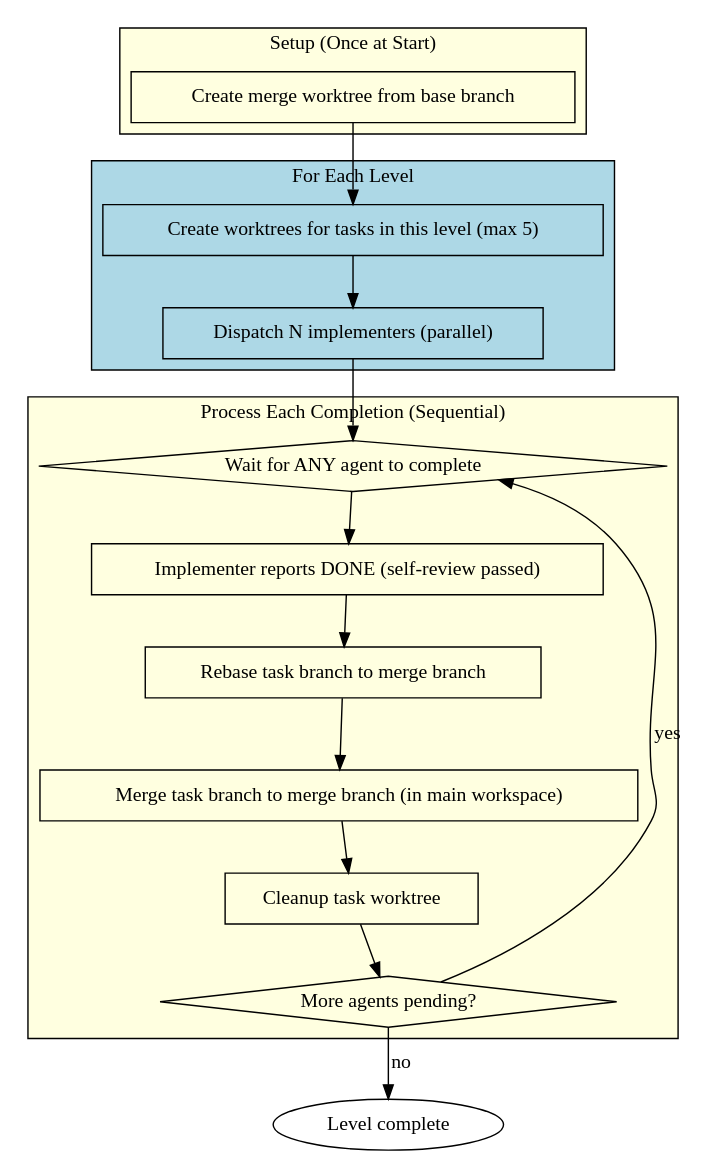
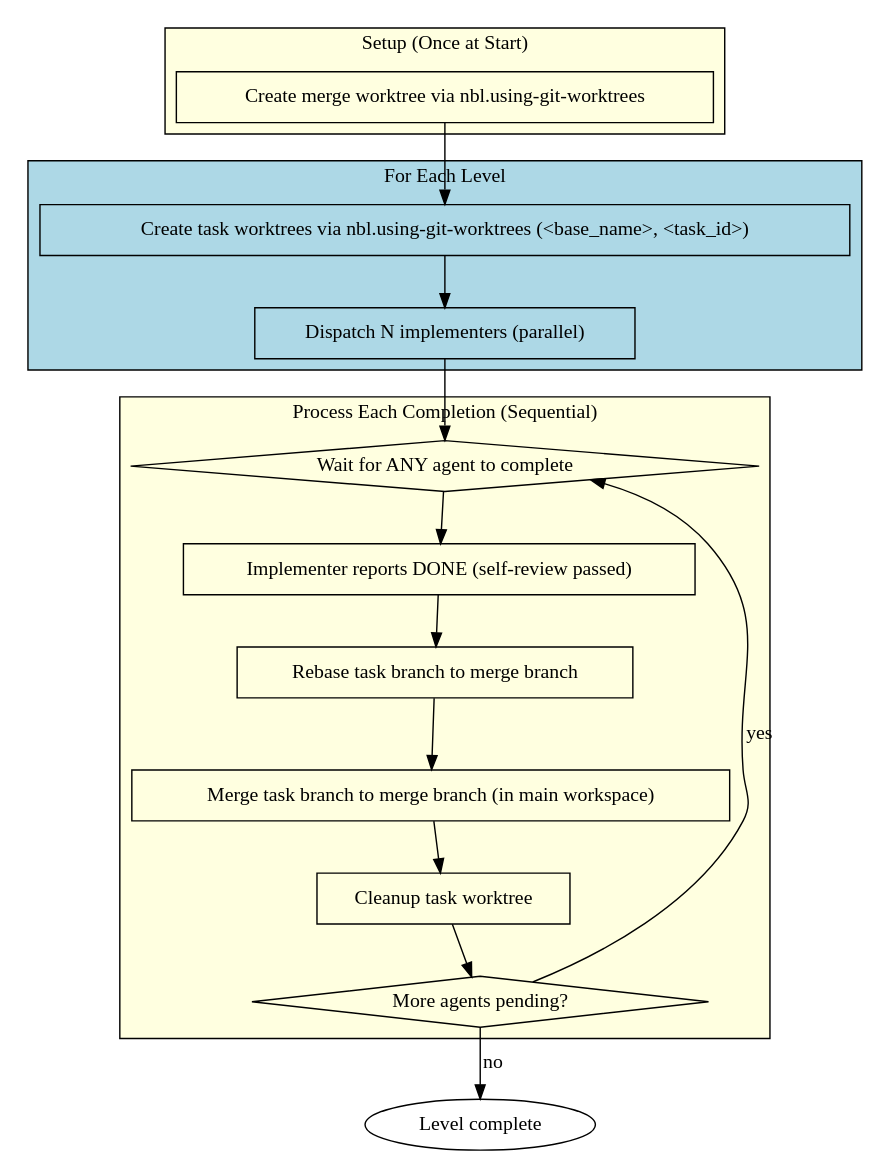
Before and after one commit to icefrag/nbl-superpowers: the first of 2 diagrams in skills/nbl.parallel-subagent-driven-development/SKILL.md, drawn with Graphviz. The commit also changed other lines of this file and 3 other files, not shown here.

Commit message:
fix: 修复parallel-subagent-driven-development worktree创建路径错误 - 强制使用nbl.using-git-worktrees skill创建保证路径正确

````diff
--- a/skills/nbl.parallel-subagent-driven-development/SKILL.md
+++ b/skills/nbl.parallel-subagent-driven-development/SKILL.md
@@ -180,40 +186,40 @@
 ```dot
 digraph pipeline_flow {
     rankdir=TB;
 
     subgraph cluster_setup {
         label="Setup (Once at Start)";
         style=filled fillcolor=lightyellow;
-        "Create merge worktree from base branch" [shape=box];
+        "Create merge worktree via nbl.using-git-worktrees" [shape=box];
     }
 
     subgraph cluster_level {
         label="For Each Level";
         style=filled fillcolor=lightblue;
-        "Create worktrees for tasks in this level (max 5)" [shape=box];
+        "Create task worktrees via nbl.using-git-worktrees (<base_name>, <task_id>)" [shape=box];
         "Dispatch N implementers (parallel)" [shape=box];
     }
 
     subgraph cluster_process {
         label="Process Each Completion (Sequential)";
         style=filled fillcolor=lightyellow;
         "Wait for ANY agent to complete" [shape=diamond];
         "Implementer reports DONE (self-review passed)" [shape=box];
         "Rebase task branch to merge branch" [shape=box];
         "Merge task branch to merge branch (in main workspace)" [shape=box];
         "Cleanup task worktree" [shape=box];
         "More agents pending?" [shape=diamond];
     }
 
-    "Create merge worktree from base branch" -> "Create worktrees for tasks in this level (max 5)";
-    "Create worktrees for tasks in this level (max 5)" -> "Dispatch N implementers (parallel)";
+    "Create merge worktree via nbl.using-git-worktrees" -> "Create task worktrees via nbl.using-git-worktrees (<base_name>, <task_id>)";
+    "Create task worktrees via nbl.using-git-worktrees (<base_name>, <task_id>)" -> "Dispatch N implementers (parallel)";
     "Dispatch N implementers (parallel)" -> "Wait for ANY agent to complete";
     "Wait for ANY agent to complete" -> "Implementer reports DONE (self-review passed)";
     "Implementer reports DONE (self-review passed)" -> "Rebase task branch to merge branch";
     "Rebase task branch to merge branch" -> "Merge task branch to merge branch (in main workspace)";
     "Merge task branch to merge branch (in main workspace)" -> "Cleanup task worktree";
     "Cleanup task worktree" -> "More agents pending?";
     "More agents pending?" -> "Wait for ANY agent to complete" [label="yes"];
     "More agents pending?" -> "Level complete" [label="no"];
 }
 ```
````
